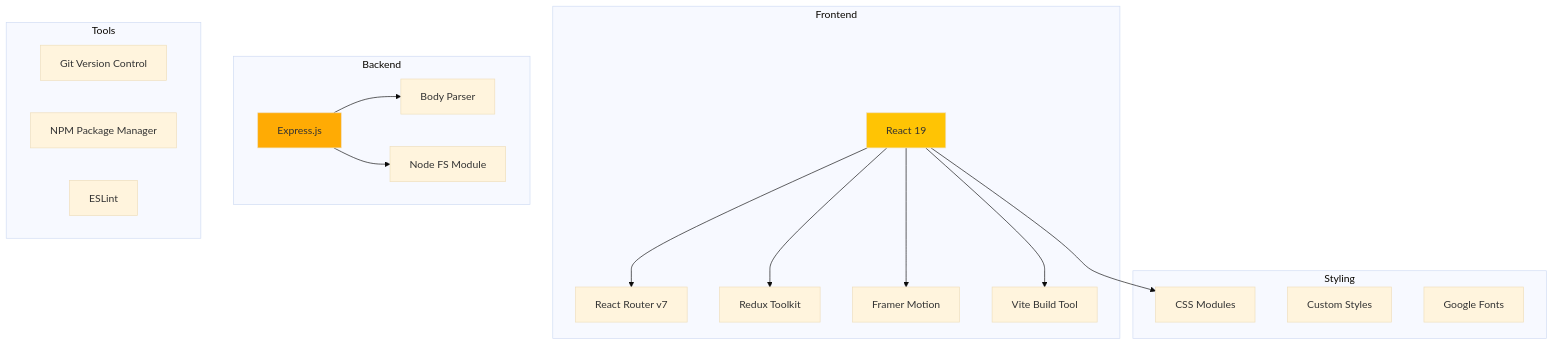
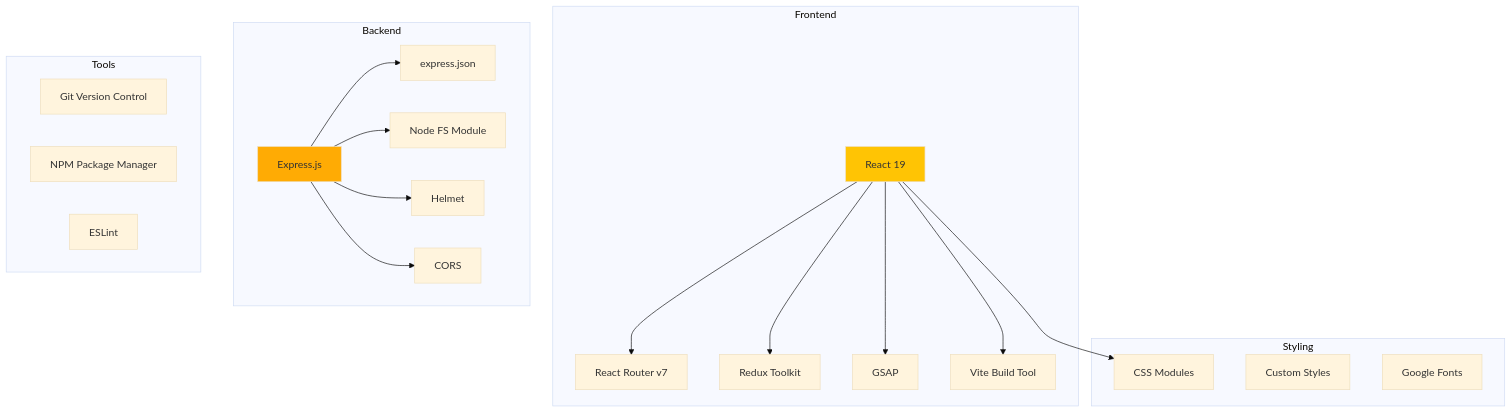
The ninth of 10 diagrams in ARCHITECTURE.md (EclipticWhisper/Rhino), drawn with Mermaid (base theme) before and after one commit. The commit also changed other lines of this file and 7 other files, not shown here.

````diff
--- a/ARCHITECTURE.md
+++ b/ARCHITECTURE.md
@@ -271,40 +263,44 @@
 ```mermaid
 graph TB
     subgraph Frontend
         React[React 19]
         ReactRouter[React Router v7]
         ReduxToolkit[Redux Toolkit]
-        FramerMotion[Framer Motion]
+        GSAP[GSAP]
         Vite[Vite Build Tool]
     end
     
     subgraph Backend
         Express[Express.js]
-        BodyParser[Body Parser]
+        JSONBody[express.json]
         NodeFS[Node FS Module]
+        Helmet[Helmet]
+        CORS[CORS]
     end
     
     subgraph Styling
         CSS[CSS Modules]
         CustomCSS[Custom Styles]
         GoogleFonts[Google Fonts]
     end
     
     subgraph Tools
         Git[Git Version Control]
         NPM[NPM Package Manager]
         ESLint[ESLint]
     end
     
     React --> Vite
     React --> ReactRouter
     React --> ReduxToolkit
-    React --> FramerMotion
+    React --> GSAP
     React --> CSS
     
-    Express --> BodyParser
+    Express --> JSONBody
     Express --> NodeFS
+    Express --> Helmet
+    Express --> CORS
     
     style React fill:#ffc404
     style Express fill:#ffab04
 ```
````
